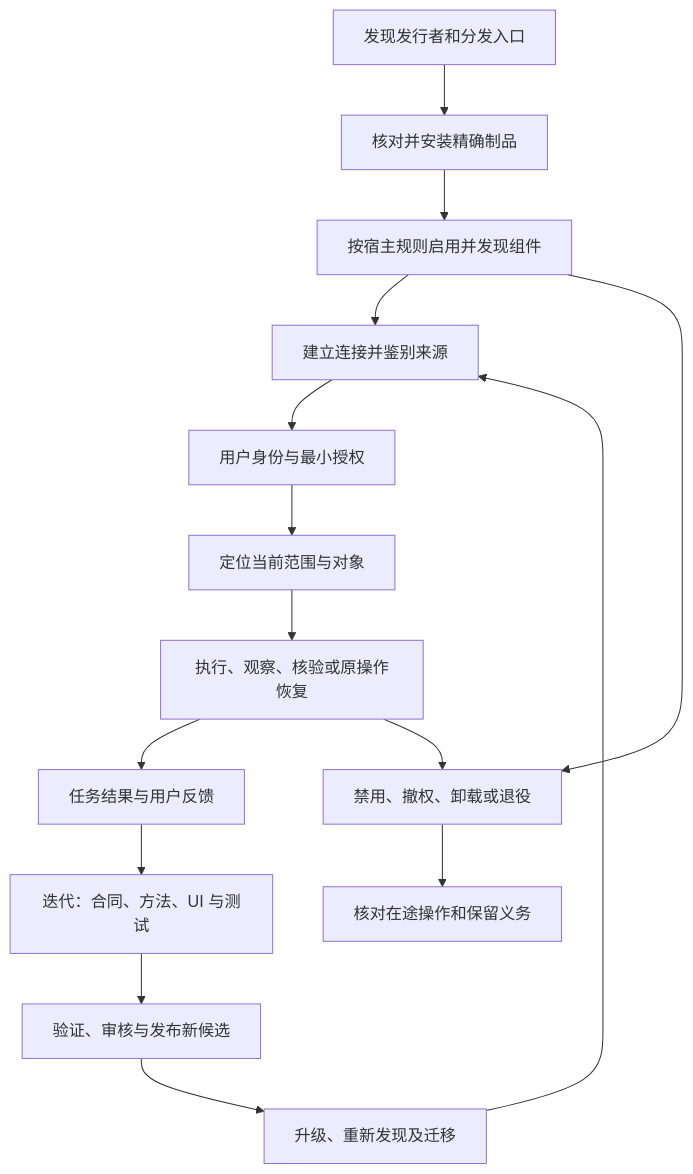
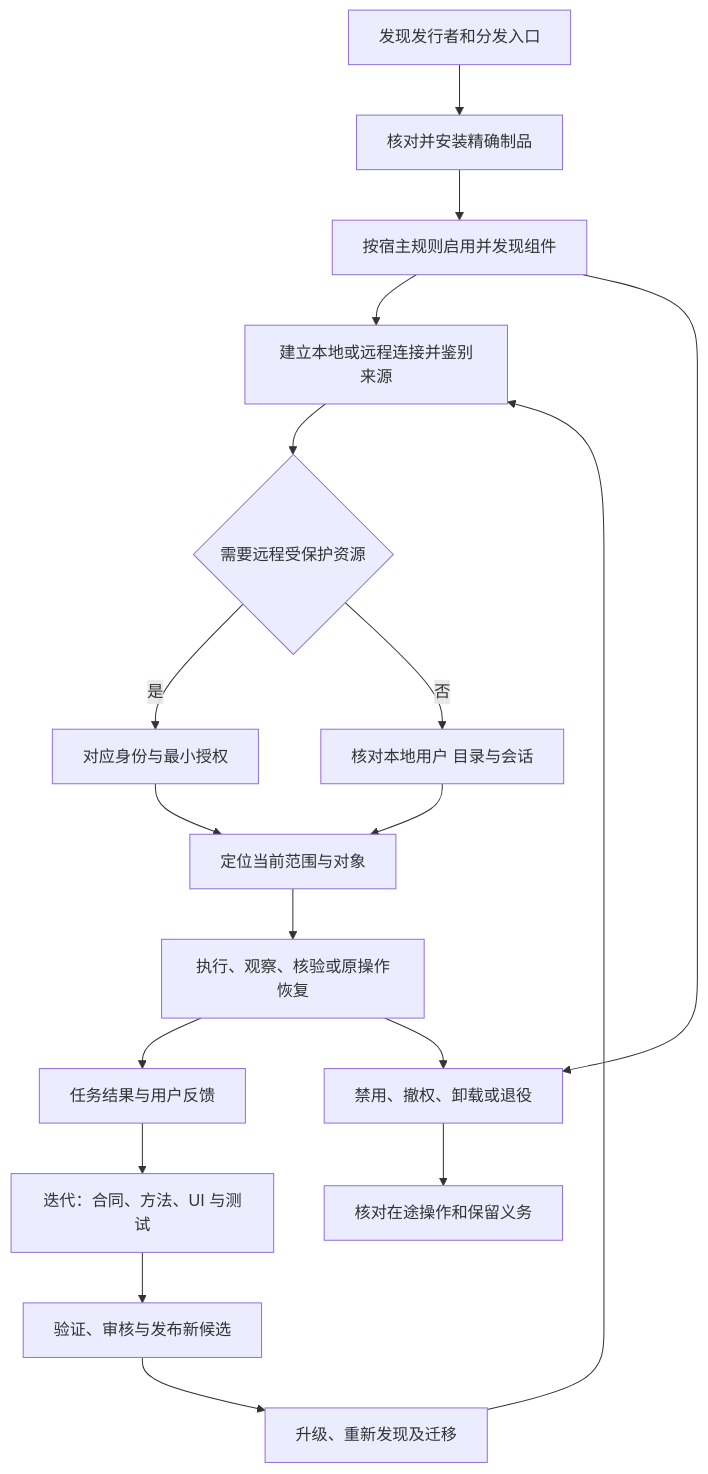
Before and after one commit to limecloud/axi: the diagram in content/lifecycle/index.md, drawn with Mermaid. The commit also changed other lines of this file and 16 other files, not shown here.

````diff
--- a/content/lifecycle/index.md
+++ b/content/lifecycle/index.md
@@ -7,17 +7,20 @@
 ```mermaid
 flowchart TD
   D[发现发行者和分发入口] --> I[核对并安装精确制品]
   I --> E[按宿主规则启用并发现组件]
-  E --> C[建立连接并鉴别来源]
-  C --> A[用户身份与最小授权]
-  A --> R[定位当前范围与对象]
+  E --> C[建立本地或远程连接并鉴别来源]
+  C --> A{需要远程受保护资源}
+  A -->|是| O[对应身份与最小授权]
+  A -->|否| L[核对本地用户 目录与会话]
+  O --> R[定位当前范围与对象]
+  L --> R
   R --> X[执行、观察、核验或原操作恢复]
   X --> F[任务结果与用户反馈]
   F --> V[迭代：合同、方法、UI 与测试]
   V --> P[验证、审核与发布新候选]
   P --> U[升级、重新发现及迁移]
   U --> C
   E --> Z[禁用、撤权、卸载或退役]
   X --> Z
   Z --> K[核对在途操作和保留义务]
 ```
````
